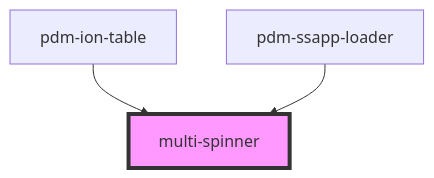
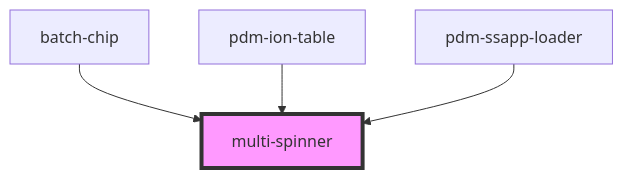
One commit to PharmaLedger-IMI/fgt-workspace changed the diagram in pdm-web-components/src/components/multi-spinner/readme.md. Above: the diagram before and after it, drawn with Mermaid. The commit also changed other lines of this file and 14 other files, not shown here.

````diff
--- a/pdm-web-components/src/components/multi-spinner/readme.md
+++ b/pdm-web-components/src/components/multi-spinner/readme.md
@@ -23,6 +24,7 @@
 ```mermaid
 graph TD;
+  batch-chip --> multi-spinner
   pdm-ion-table --> multi-spinner
   pdm-ssapp-loader --> multi-spinner
   style multi-spinner fill:#f9f,stroke:#333,stroke-width:4px
 ```
````
